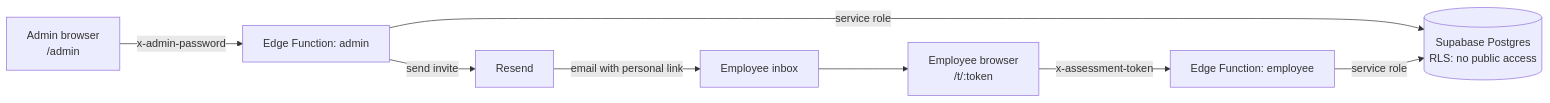
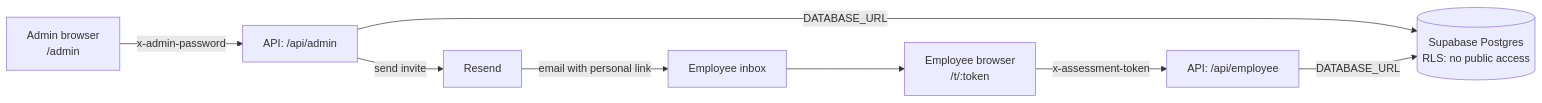
The diagram in architecture.md (darshan-jahagirdar-1905/internal-assessment-tool), drawn with Mermaid before and after one commit. The commit also changed other lines of this file and 2 other files, not shown here.

First line of the commit message:
docs: move backend to a hono api on vercel with supabase as db only (#1)

````diff
--- a/architecture.md
+++ b/architecture.md
@@ -62,10 +66,10 @@
 ```mermaid
 flowchart LR
-    Admin["Admin browser<br/>/admin"] -->|"x-admin-password"| AF["Edge Function: admin"]
-    Emp["Employee browser<br/>/t/:token"] -->|"x-assessment-token"| EF["Edge Function: employee"]
-    AF -->|"service role"| DB[("Supabase Postgres<br/>RLS: no public access")]
-    EF -->|"service role"| DB
+    Admin["Admin browser<br/>/admin"] -->|"x-admin-password"| AF["API: /api/admin"]
+    Emp["Employee browser<br/>/t/:token"] -->|"x-assessment-token"| EF["API: /api/employee"]
+    AF -->|"DATABASE_URL"| DB[("Supabase Postgres<br/>RLS: no public access")]
+    EF -->|"DATABASE_URL"| DB
     AF -->|"send invite"| RS["Resend"]
     RS -->|"email with personal link"| Inbox["Employee inbox"]
     Inbox --> Emp
 ```
````
